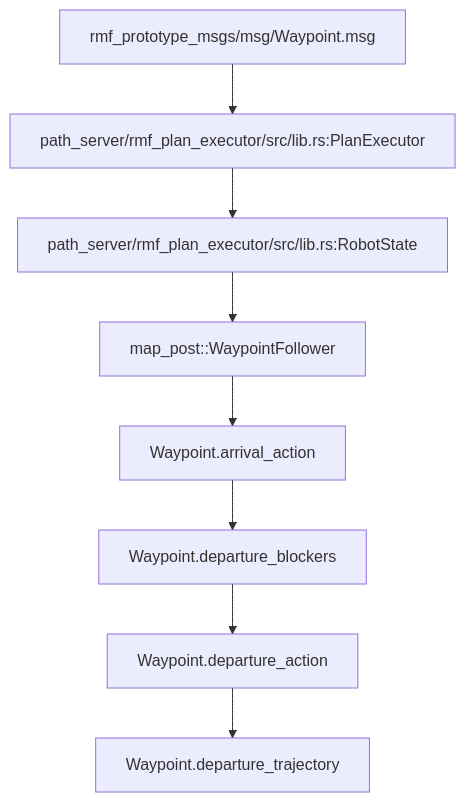
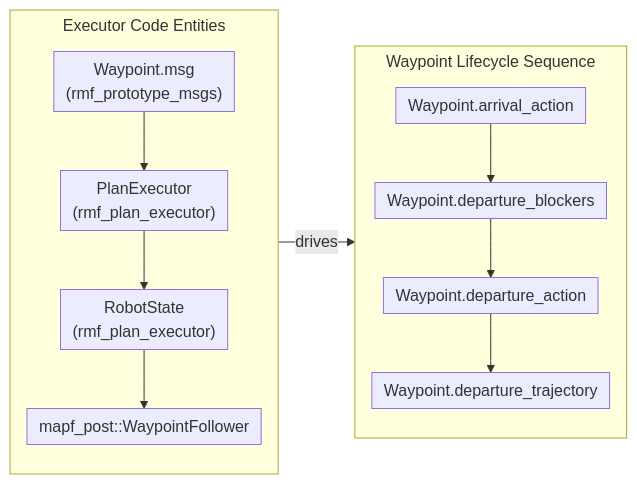
Before and after one commit to cardboardcode/ngp_docs: the first of 2 diagrams in 9403fb1/for_developers/architecture/waypoint_lifecycle.md, drawn with Mermaid. The commit also changed other lines of this file and 2 other files, not shown here.

Commit message:
:blue_book: Update developer architecture, plan interface, and waypoint lifecycle documentation with full commit links and expanded context

````diff
--- a/9403fb1/for_developers/architecture/waypoint_lifecycle.md
+++ b/9403fb1/for_developers/architecture/waypoint_lifecycle.md
@@ -44,10 +44,19 @@
 ```mermaid
-graph TD
-    WaypointMsg["rmf_prototype_msgs/msg/Waypoint.msg"] --> PlanExec["path_server/rmf_plan_executor/src/lib.rs:PlanExecutor"]
-    PlanExec --> RobotState["path_server/rmf_plan_executor/src/lib.rs:RobotState"]
-    RobotState --> WaywFollower["map_post::WaypointFollower"]
-    WaywFollower --> ArrivalAction["Waypoint.arrival_action"]
-    ArrivalAction --> Blockers["Waypoint.departure_blockers"]
-    Blockers --> DepAction["Waypoint.departure_action"]
-    DepAction --> DepTraj["Waypoint.departure_trajectory"]
+%%{init: {"flowchart": {"nodeSpacing": 14, "rankSpacing": 34, "padding": 6, "subGraphTitleMargin": {"top": 4, "bottom": 8}}, "themeCSS": ".cluster-label div { max-width: 320px !important; } .cluster-label span, .node .nodeLabel, .edgeLabel { font-size: 12px !important; }"}}%%
+flowchart LR
+    subgraph CodeEntities["Executor Code Entities"]
+        direction TB
+        WaypointMsg["Waypoint.msg<br/>(rmf_prototype_msgs)"] --> PlanExec["PlanExecutor<br/>(rmf_plan_executor)"]
+        PlanExec --> RobotState["RobotState<br/>(rmf_plan_executor)"]
+        RobotState --> WaywFollower["mapf_post::WaypointFollower"]
+    end
+
+    subgraph Lifecycle["Waypoint Lifecycle Sequence"]
+        direction TB
+        ArrivalAction["Waypoint.arrival_action"] --> Blockers["Waypoint.departure_blockers"]
+        Blockers --> DepAction["Waypoint.departure_action"]
+        DepAction --> DepTraj["Waypoint.departure_trajectory"]
+    end
+
+    CodeEntities -->|drives| Lifecycle
 ```
````
